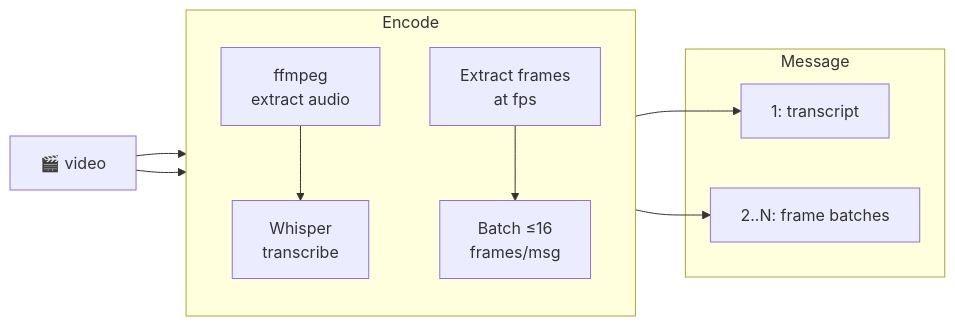
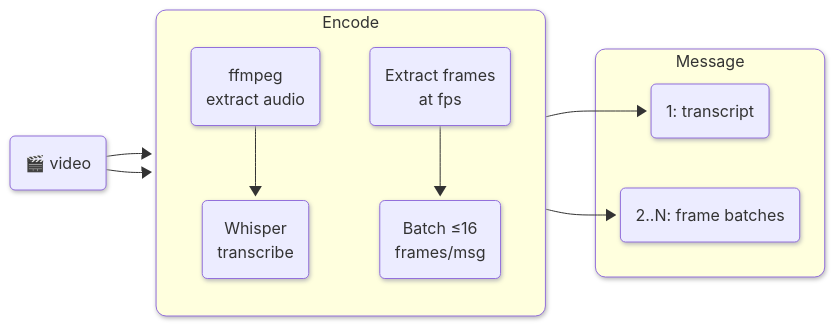
The fifth of 17 diagrams in docs/ENCODERS.md (vlm-run/mm), drawn with Mermaid before and after one commit. The commit also changed other lines of this file and 1 other file, not shown here.

````diff
--- a/docs/ENCODERS.md
+++ b/docs/ENCODERS.md
@@ -124,20 +136,23 @@
 ```mermaid
+%%{init: {'look': 'neo'} }%%
 graph LR
-  video["🎬 video"]
+  video("🎬 video")
 
   subgraph encode ["Encode"]
     direction TB
-    audio["ffmpeg\nextract audio"]
-    whisper["Whisper\ntranscribe"]
-    frames["Extract frames\nat fps"]
-    batch["Batch ≤16\nframes/msg"]
+    audio("ffmpeg\nextract audio")
+    whisper("Whisper\ntranscribe")
+    frames("Extract frames\nat fps")
+    batch("Batch ≤16\nframes/msg")
   end
 
   subgraph message ["Message"]
-    transcript["1: transcript"]
-    frame_msgs["2..N: frame batches"]
+    transcript("1: transcript")
+    frame_msgs("2..N: frame batches")
   end
 
   video --> audio --> whisper --> transcript
   video --> frames --> batch --> frame_msgs
+  style encode rx:10px,ry:10px
+  style message rx:10px,ry:10px
 ```
````
